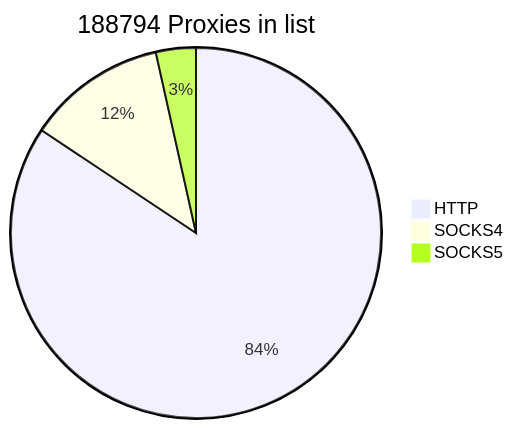
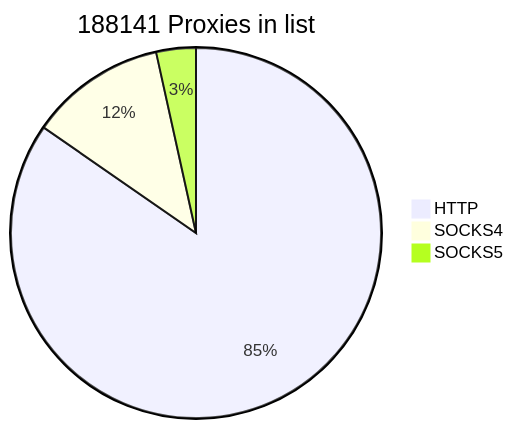
One commit to cutipu/proxylist changed the first of 2 diagrams in README.md. Above: the diagram before and after it, drawn with Mermaid. The commit also changed other lines of this file, not shown here.

````diff
--- a/README.md
+++ b/README.md
@@ -2,7 +2,7 @@
 ```mermaid
-pie title 188794 Proxies in list
-    "HTTP" : 159240
-    "SOCKS4" : 22970
-    "SOCKS5" : 6584
+pie title 188141 Proxies in list
+    "HTTP" : 159251
+    "SOCKS4" : 22386
+    "SOCKS5" : 6504
             
 ```
````
